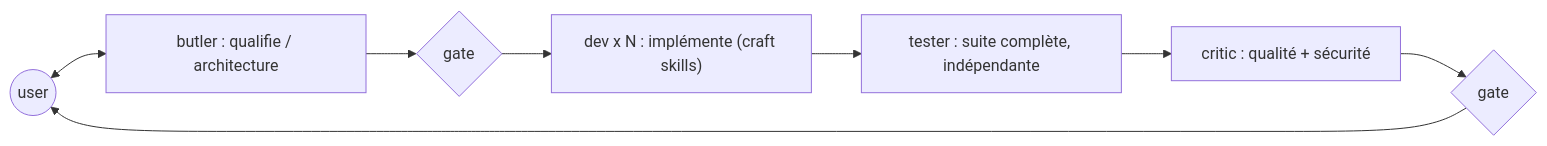
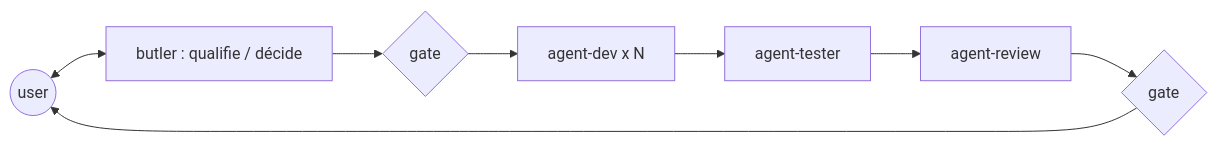
Before and after one commit to mbarseConsulting/ai-dev-crew: the diagram in README.md, drawn with Mermaid. The commit also changed other lines of this file and 72 other files, not shown here.

````diff
--- a/README.md
+++ b/README.md
@@ -87,10 +83,10 @@
 ```mermaid
 flowchart LR
-    U((user)) <--> B["butler : qualifie / architecture"]
+    U((user)) <--> B["butler : qualifie / décide"]
     B --> G1{gate}
-    G1 --> D["dev x N : implémente (craft skills)"]
-    D --> T["tester : suite complète, indépendante"]
-    T --> C["critic : qualité + sécurité"]
+    G1 --> D["agent-dev x N"]
+    D --> T["agent-tester"]
+    T --> C["agent-review"]
     C --> G2{gate}
     G2 --> U
 ```
````
